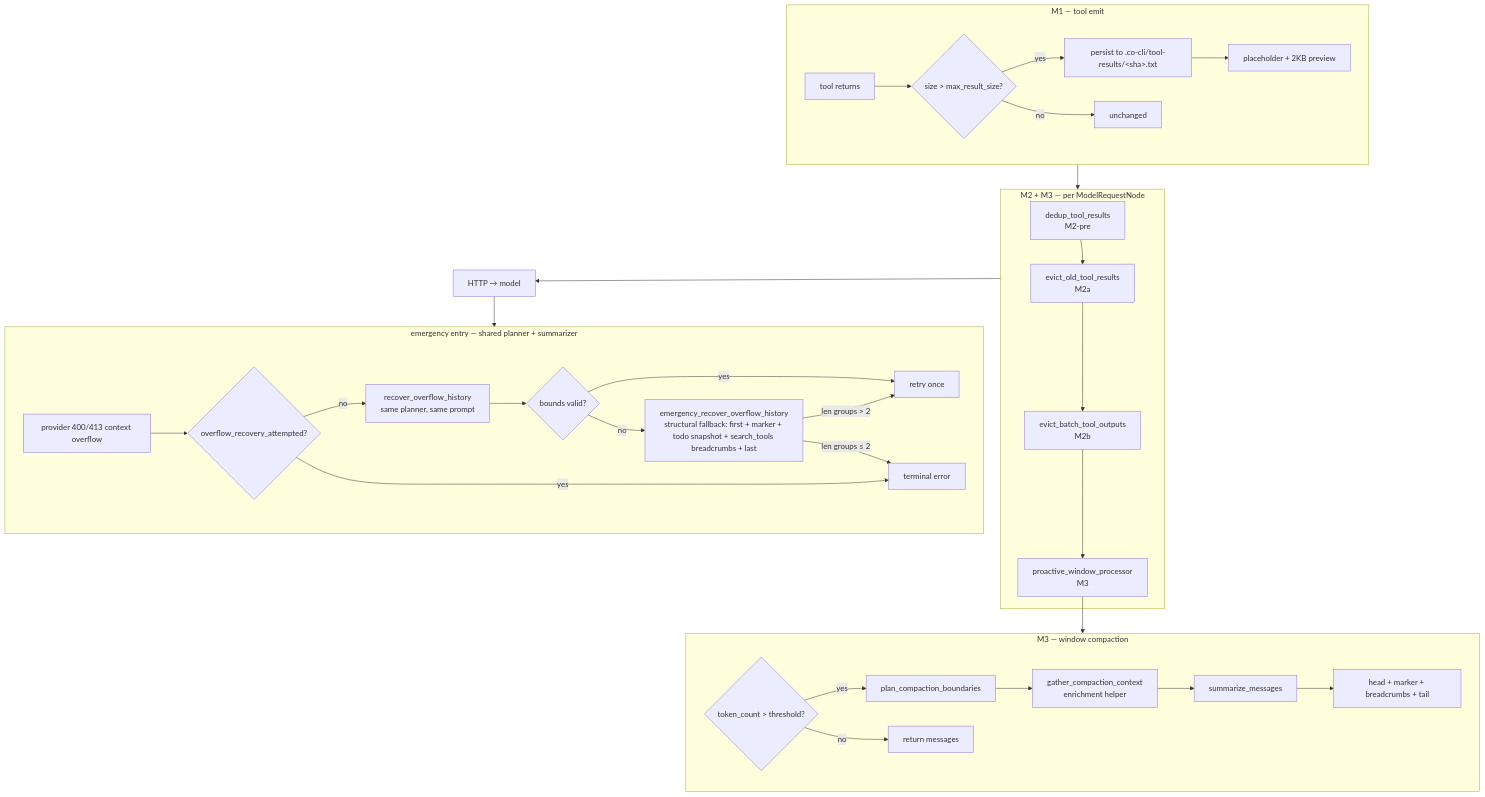
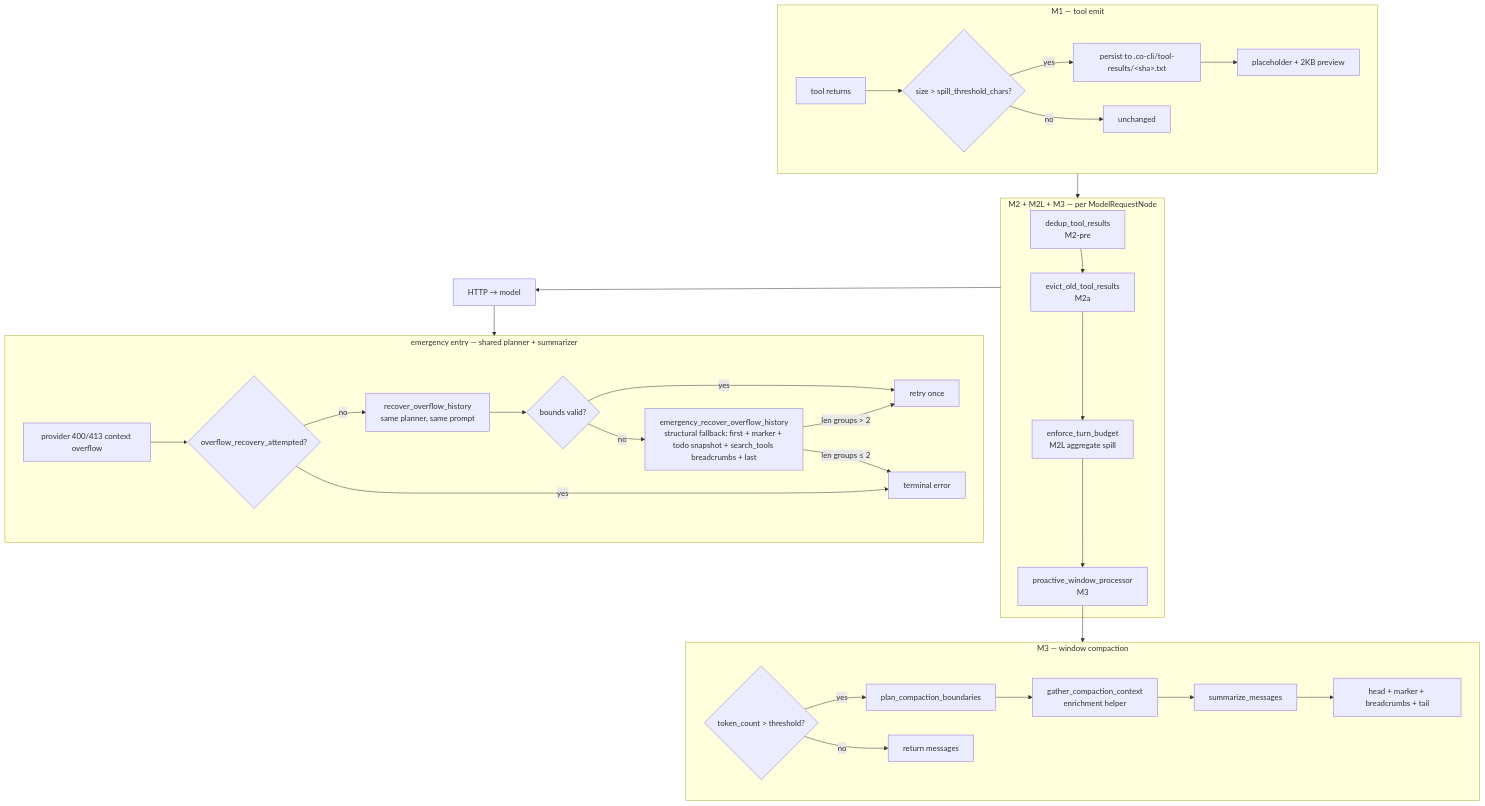
One commit to binlecode/co-cli changed the first of 6 diagrams in docs/specs/compaction.md. Above: the diagram before and after it, drawn with Mermaid. The commit also changed other lines of this file and 30 other files, not shown here.

First line of the commit message:
feat(tool-budget): L0 cap + L2 aggregate spill + L1 refit + OTEL, v0.8.126

````diff
--- a/docs/specs/compaction.md
+++ b/docs/specs/compaction.md
@@ -8,49 +8,49 @@
 ```mermaid
 flowchart TD
     subgraph Emit["M1 — tool emit"]
         T[tool returns]
-        T --> S{size &gt; max_result_size?}
+        T --> S{size &gt; spill_threshold_chars?}
         S -->|yes| P[persist to .co-cli/tool-results/&lt;sha&gt;.txt]
         P --> Ph[placeholder + 2KB preview]
         S -->|no| Pass[unchanged]
     end
 
-    subgraph PerReq["M2 + M3 — per ModelRequestNode"]
+    subgraph PerReq["M2 + M2L + M3 — per ModelRequestNode"]
         R0[dedup_tool_results<br/>M2-pre]
         R1[evict_old_tool_results<br/>M2a]
-        R1b[evict_batch_tool_outputs<br/>M2b]
+        R1b[enforce_turn_budget<br/>M2L aggregate spill]
         R5[proactive_window_processor<br/>M3]
         R0 --> R1 --> R1b --> R5
     end
 
     subgraph Window["M3 — window compaction"]
         T1{token_count &gt; threshold?}
         T2[plan_compaction_boundaries]
         T3[gather_compaction_context<br/>enrichment helper]
         T4[summarize_messages]
         T5[head + marker + breadcrumbs + tail]
         T1 -->|yes| T2 --> T3 --> T4 --> T5
         T1 -->|no| Pass2[return messages]
     end
 
     subgraph Overflow["emergency entry — shared planner + summarizer"]
         O1[provider 400/413 context overflow]
         O2{overflow_recovery_attempted?}
         O3[recover_overflow_history<br/>same planner, same prompt]
         O3b{bounds valid?}
         O3c[emergency_recover_overflow_history<br/>structural fallback: first + marker + todo snapshot + search_tools breadcrumbs + last]
         O4[retry once]
         O1 --> O2
         O2 -->|no| O3 --> O3b
         O3b -->|yes| O4
         O3b -->|no| O3c
         O3c -->|len groups &gt; 2| O4
         O3c -->|len groups ≤ 2| O6[terminal error]
         O2 -->|yes| O6
     end
 
     Emit --> PerReq
     R5 --> Window
     PerReq --> HTTP[HTTP → model]
     HTTP --> Overflow
 ```
````
